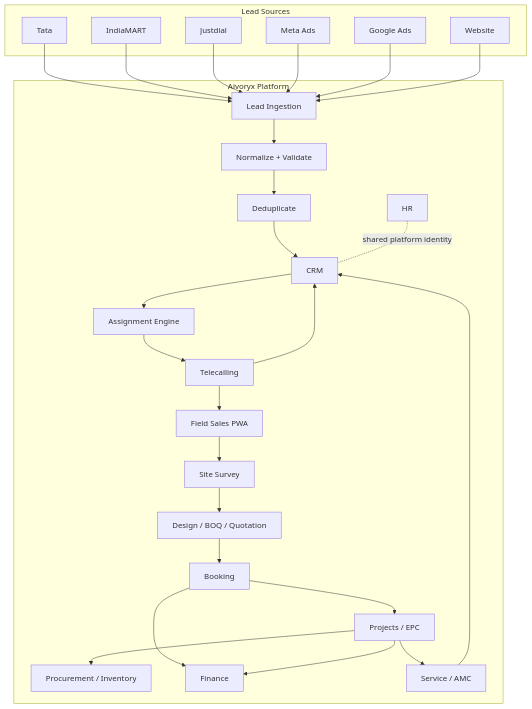
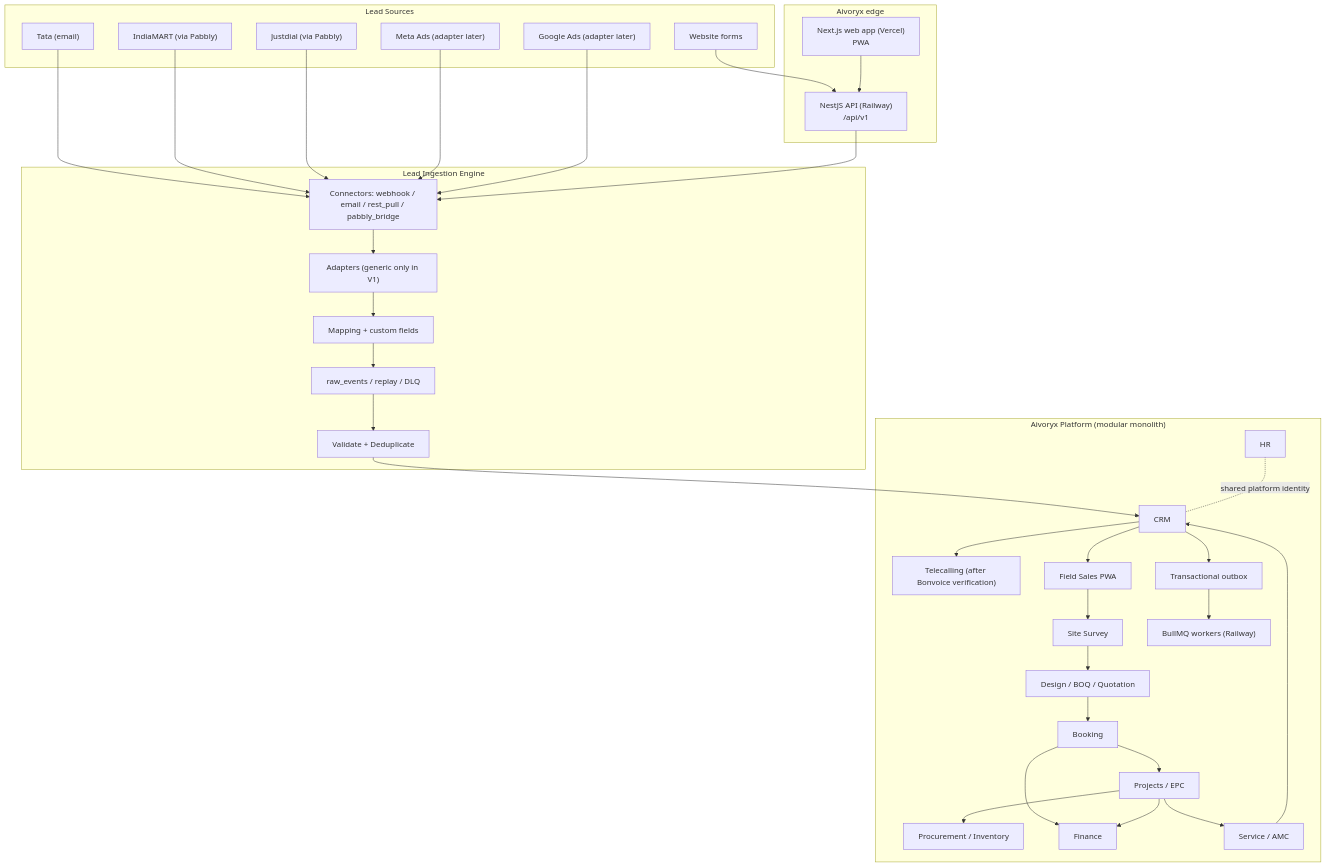
The diagram in docs/diagrams/system-map.mmd (DevMysticCode/aivoryx-platform), drawn with Mermaid before and after one commit. The commit also changed 50 other files, not shown here.

Commit message:
architecture docs update

```diff
--- a/docs/diagrams/system-map.mmd
+++ b/docs/diagrams/system-map.mmd
@@ -1,44 +1,58 @@
 flowchart TB
     subgraph SOURCES["Lead Sources"]
-      TATA["Tata"]
-      IM["IndiaMART"]
-      JD["Justdial"]
-      META["Meta Ads"]
-      GOOGLE["Google Ads"]
-      WEB["Website"]
+      WEB["Website forms"]
+      TATA["Tata (email)"]
+      IM["IndiaMART (via Pabbly)"]
+      JD["Justdial (via Pabbly)"]
+      META["Meta Ads (adapter later)"]
+      GOOGLE["Google Ads (adapter later)"]
     end
 
-    subgraph PLATFORM["Aivoryx Platform"]
-      INGEST["Lead Ingestion"]
-      NORMALIZE["Normalize + Validate"]
-      DEDUPE["Deduplicate"]
-      ASSIGN["Assignment Engine"]
+    subgraph EDGE["Aivoryx edge"]
+      WEBAPP["Next.js web app (Vercel)<br/>PWA"]
+      API["NestJS API (Railway)<br/>/api/v1"]
+    end
+
+    subgraph ENGINE["Lead Ingestion Engine"]
+      CONN["Connectors: webhook / email / rest_pull / pabbly_bridge"]
+      ADAPT["Adapters (generic only in V1)"]
+      MAPPING["Mapping + custom fields"]
+      RAWSTORE["raw_events / replay / DLQ"]
+      DEDUPE["Validate + Deduplicate"]
+    end
+
+    subgraph PLATFORM["Aivoryx Platform (modular monolith)"]
       CRM["CRM"]
-      TELE["Telecalling"]
+      TELE["Telecalling (after Bonvoice verification)"]
       FIELD["Field Sales PWA"]
       SURVEY["Site Survey"]
       SALES["Design / BOQ / Quotation"]
       BOOK["Booking"]
       HR["HR"]
       PROJECT["Projects / EPC"]
       INV["Procurement / Inventory"]
       FIN["Finance"]
       SERVICE["Service / AMC"]
+      WORKER["BullMQ workers (Railway)"]
+      OUTBOX["Transactional outbox"]
     end
 
-    TATA --> INGEST
-    IM --> INGEST
-    JD --> INGEST
-    META --> INGEST
-    GOOGLE --> INGEST
-    WEB --> INGEST
+    WEB --> API
+    TATA --> CONN
+    IM --> CONN
+    JD --> CONN
+    META --> CONN
+    GOOGLE --> CONN
+    WEBAPP --> API
+    API --> CONN
 
-    INGEST --> NORMALIZE --> DEDUPE --> CRM --> ASSIGN --> TELE
-    TELE --> CRM
-    TELE --> FIELD --> SURVEY --> SALES --> BOOK
+    CONN --> ADAPT --> MAPPING --> RAWSTORE --> DEDUPE --> CRM
+    CRM --> OUTBOX --> WORKER
+    CRM --> TELE
+    CRM --> FIELD --> SURVEY --> SALES --> BOOK
     BOOK --> PROJECT --> INV
     BOOK --> FIN
     PROJECT --> FIN
     HR -. shared platform identity .- CRM
     PROJECT --> SERVICE
     SERVICE --> CRM
```
